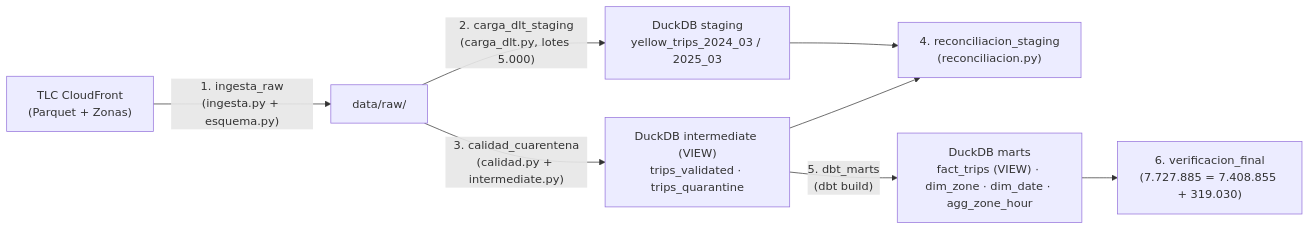
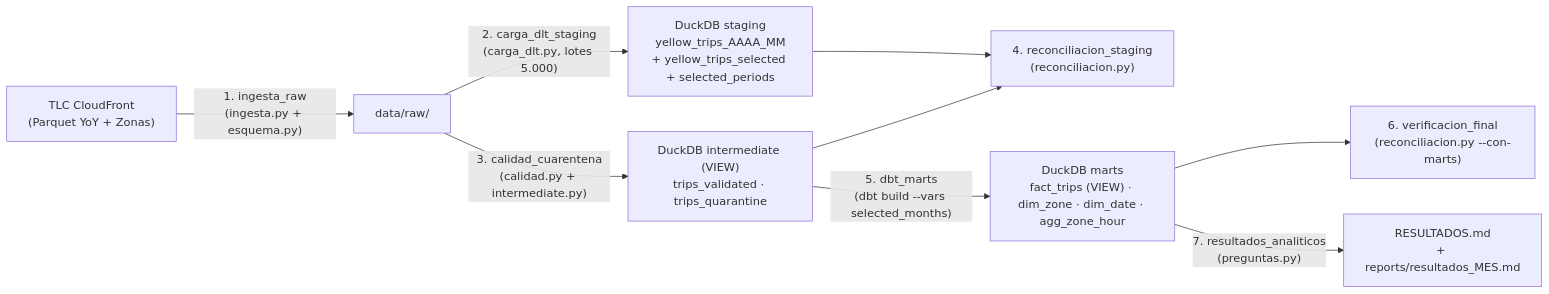
The first of 2 diagrams in README.md (nicoquinteros23/pipeline-nyc-taxi), drawn with Mermaid before and after one commit. The commit also changed other lines of this file and 52 other files, not shown here.

````diff
--- a/README.md
+++ b/README.md
@@ -11,10 +11,11 @@
 ```mermaid
 flowchart LR
-  TLC["TLC CloudFront\n(Parquet + Zonas)"] -->|"1. ingesta_raw\n(ingesta.py + esquema.py)"| RAW["data/raw/"]
-  RAW -->|"2. carga_dlt_staging\n(carga_dlt.py, lotes 5.000)"| STG["DuckDB staging\nyellow_trips_2024_03 / 2025_03"]
+  TLC["TLC CloudFront\n(Parquet YoY + Zonas)"] -->|"1. ingesta_raw\n(ingesta.py + esquema.py)"| RAW["data/raw/"]
+  RAW -->|"2. carga_dlt_staging\n(carga_dlt.py, lotes 5.000)"| STG["DuckDB staging\nyellow_trips_AAAA_MM\n+ yellow_trips_selected + selected_periods"]
   RAW -->|"3. calidad_cuarentena\n(calidad.py + intermediate.py)"| INT["DuckDB intermediate (VIEW)\ntrips_validated · trips_quarantine"]
   STG --> REC1["4. reconciliacion_staging\n(reconciliacion.py)"]
   INT --> REC1
-  INT -->|"5. dbt_marts\n(dbt build)"| MARTS["DuckDB marts\nfact_trips (VIEW) · dim_zone · dim_date · agg_zone_hour"]
-  MARTS --> REC2["6. verificacion_final\n(7.727.885 = 7.408.855 + 319.030)"]
+  INT -->|"5. dbt_marts\n(dbt build --vars selected_months)"| MARTS["DuckDB marts\nfact_trips (VIEW) · dim_zone · dim_date · agg_zone_hour"]
+  MARTS --> REC2["6. verificacion_final\n(reconciliacion.py --con-marts)"]
+  MARTS -->|"7. resultados_analiticos\n(preguntas.py)"| RES["RESULTADOS.md\n+ reports/resultados_MES.md"]
 ```
````
